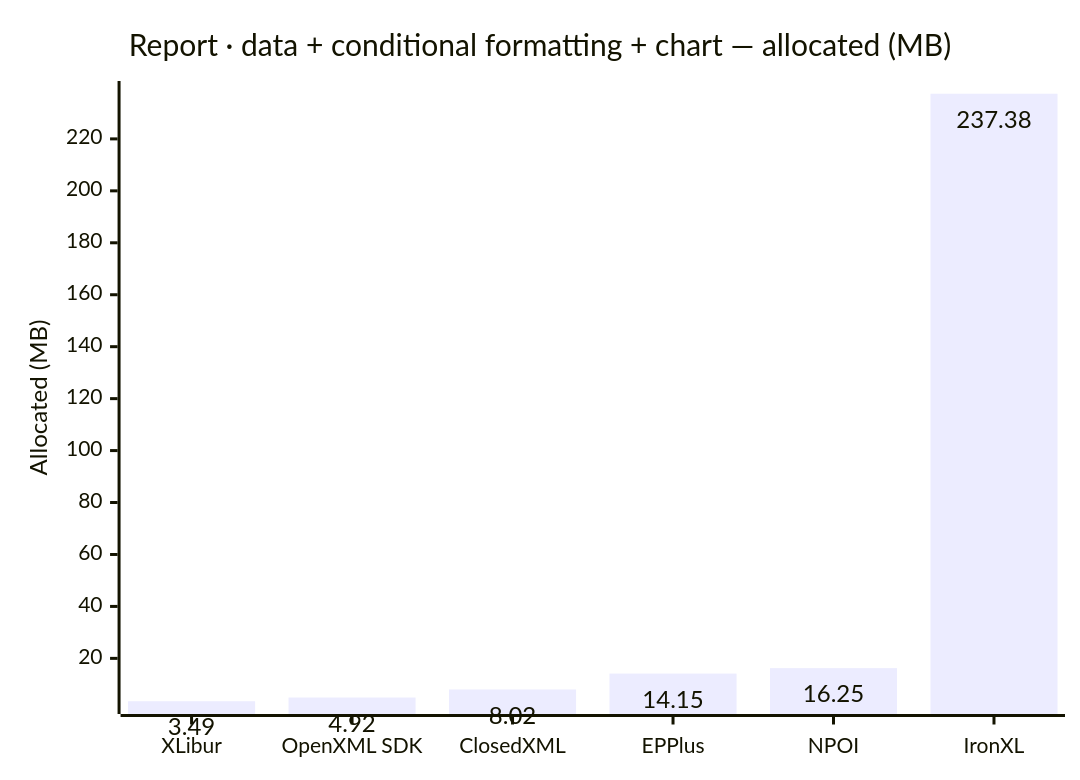
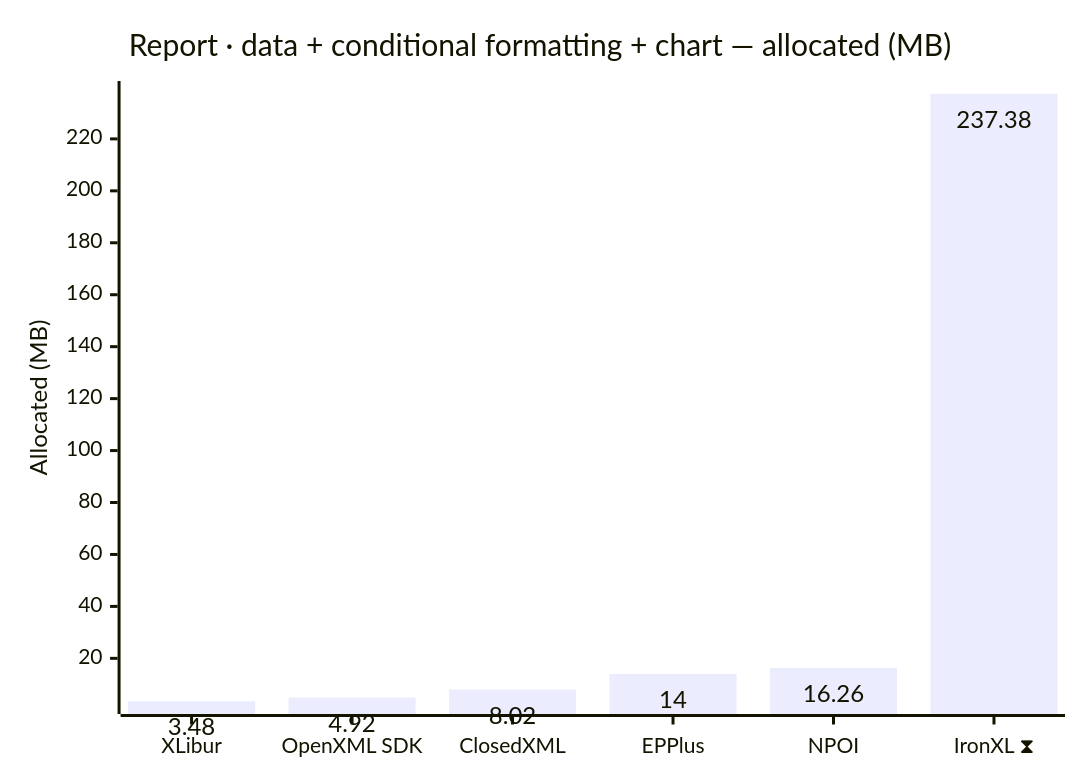
The eighth of 12 diagrams in docs/results.md (jafin/XLBench), drawn with Mermaid before and after one commit. The commit also changed other lines of this file and 3 other files, not shown here.

````diff
--- a/docs/results.md
+++ b/docs/results.md
@@ -126,12 +130,12 @@
 ```mermaid
 ---
 config:
   xyChart:
     showDataLabel: true
 ---
 xychart-beta
     title "Report · data + conditional formatting + chart — allocated (MB)"
-    x-axis ["XLibur", "OpenXML SDK", "ClosedXML", "EPPlus", "NPOI", "IronXL"]
+    x-axis ["XLibur", "OpenXML SDK", "ClosedXML", "EPPlus", "NPOI", "IronXL ⧗"]
     y-axis "Allocated (MB)"
-    bar [3.49, 4.92, 8.02, 14.15, 16.25, 237.38]
+    bar [3.48, 4.92, 8.02, 14, 16.26, 237.38]
 ```
````
